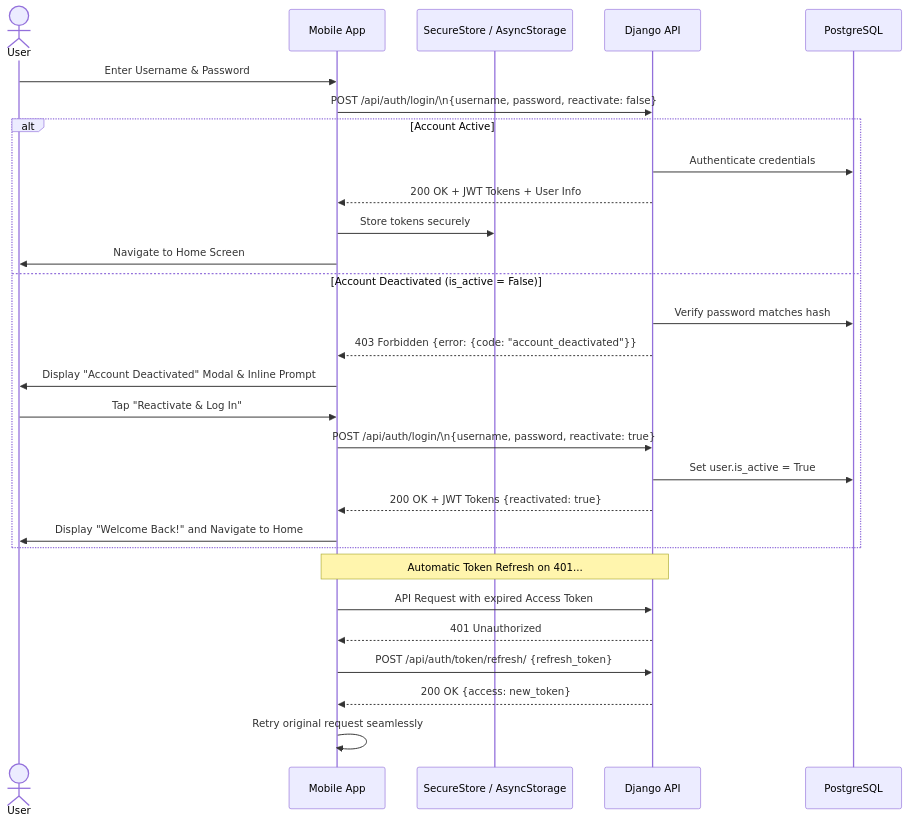
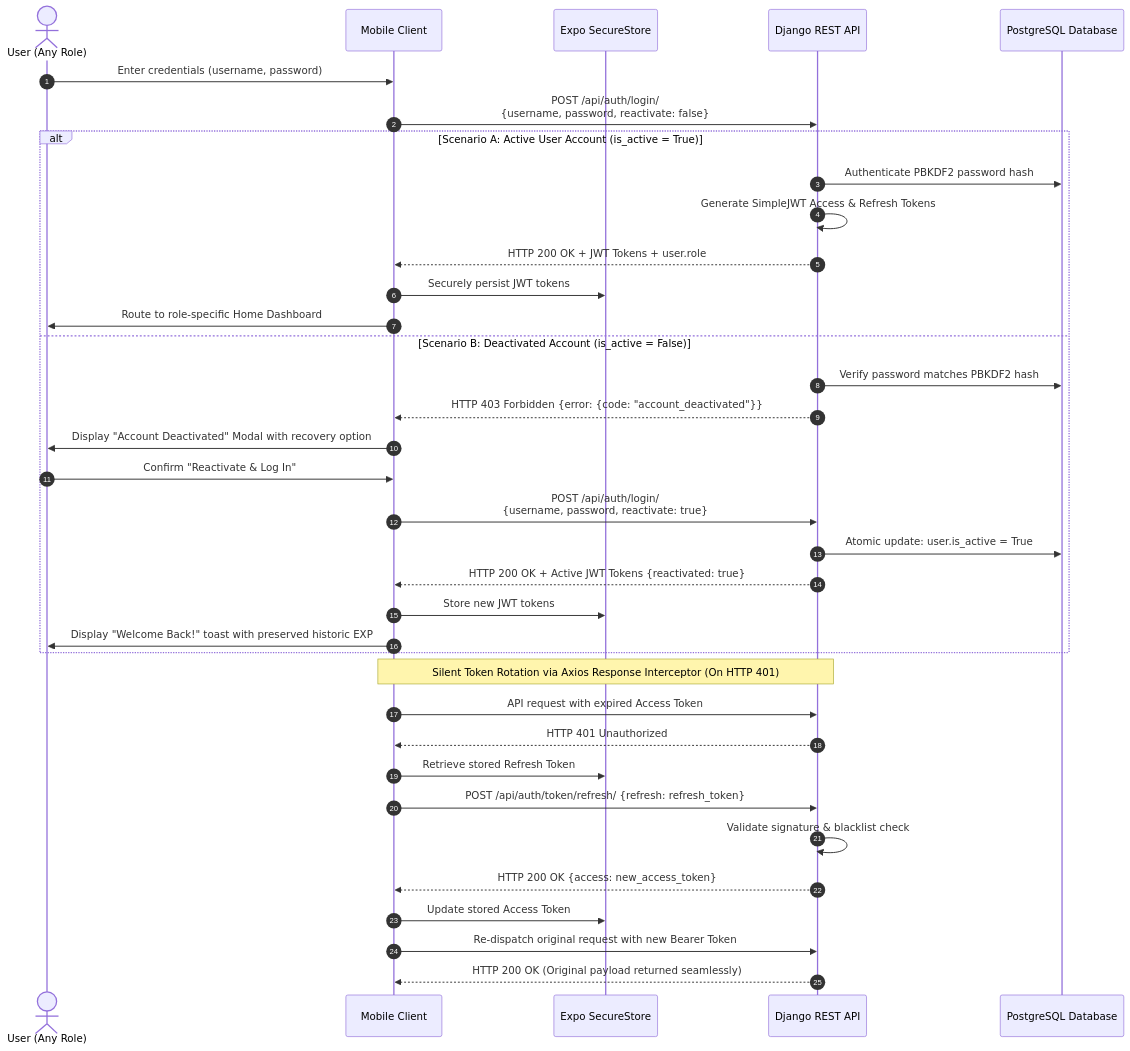
One commit to Cipher-Syntax/ARQuest changed the second of 11 diagrams in data-flow.md. Above: the diagram before and after it, drawn with Mermaid. The commit also changed other lines of this file and 8 other files, not shown here.

Commit message:
Updated: documentation + diagrams

````diff
--- a/data-flow.md
+++ b/data-flow.md
@@ -40,34 +48,41 @@
 ```mermaid
 sequenceDiagram
-    actor User
-    participant App as Mobile App
-    participant SecureStore as SecureStore / AsyncStorage
-    participant API as Django API
-    participant DB as PostgreSQL
+    autonumber
+    actor User as User (Any Role)
+    participant App as Mobile Client
+    participant SecureStore as Expo SecureStore
+    participant API as Django REST API
+    participant DB as PostgreSQL Database
 
-    User->>App: Enter Username & Password
-    App->>API: POST /api/auth/login/\n{username, password, reactivate: false}
-    
-    alt Account Active
-        API->>DB: Authenticate credentials
-        API-->>App: 200 OK + JWT Tokens + User Info
-        App->>SecureStore: Store tokens securely
-        App->>User: Navigate to Home Screen
-    else Account Deactivated (is_active = False)
-        API->>DB: Verify password matches hash
-        API-->>App: 403 Forbidden {error: {code: "account_deactivated"}}
-        App->>User: Display "Account Deactivated" Modal & Inline Prompt
-        User->>App: Tap "Reactivate & Log In"
-        App->>API: POST /api/auth/login/\n{username, password, reactivate: true}
-        API->>DB: Set user.is_active = True
-        API-->>App: 200 OK + JWT Tokens {reactivated: true}
-        App->>User: Display "Welcome Back!" and Navigate to Home
+    User->>App: Enter credentials (username, password)
+    App->>API: POST /api/auth/login/<br/>{username, password, reactivate: false}
+
+    alt Scenario A: Active User Account (is_active = True)
+        API->>DB: Authenticate PBKDF2 password hash
+        API->>API: Generate SimpleJWT Access & Refresh Tokens
+        API-->>App: HTTP 200 OK + JWT Tokens + user.role
+        App->>SecureStore: Securely persist JWT tokens
+        App->>User: Route to role-specific Home Dashboard
+    else Scenario B: Deactivated Account (is_active = False)
+        API->>DB: Verify password matches PBKDF2 hash
+        API-->>App: HTTP 403 Forbidden {error: {code: "account_deactivated"}}
+        App->>User: Display "Account Deactivated" Modal with recovery option
+        User->>App: Confirm "Reactivate & Log In"
+        App->>API: POST /api/auth/login/<br/>{username, password, reactivate: true}
+        API->>DB: Atomic update: user.is_active = True
+        API-->>App: HTTP 200 OK + Active JWT Tokens {reactivated: true}
+        App->>SecureStore: Store new JWT tokens
+        App->>User: Display "Welcome Back!" toast with preserved historic EXP
     end
 
-    Note over App,API: Automatic Token Refresh on 401...
-    App->>API: API Request with expired Access Token
-    API-->>App: 401 Unauthorized
-    App->>API: POST /api/auth/token/refresh/ {refresh_token}
-    API-->>App: 200 OK {access: new_token}
-    App->>App: Retry original request seamlessly
+    Note over App,API: Silent Token Rotation via Axios Response Interceptor (On HTTP 401)
+    App->>API: API request with expired Access Token
+    API-->>App: HTTP 401 Unauthorized
+    App->>SecureStore: Retrieve stored Refresh Token
+    App->>API: POST /api/auth/token/refresh/ {refresh: refresh_token}
+    API->>API: Validate signature & blacklist check
+    API-->>App: HTTP 200 OK {access: new_access_token}
+    App->>SecureStore: Update stored Access Token
+    App->>API: Re-dispatch original request with new Bearer Token
+    API-->>App: HTTP 200 OK (Original payload returned seamlessly)
 ```
````
